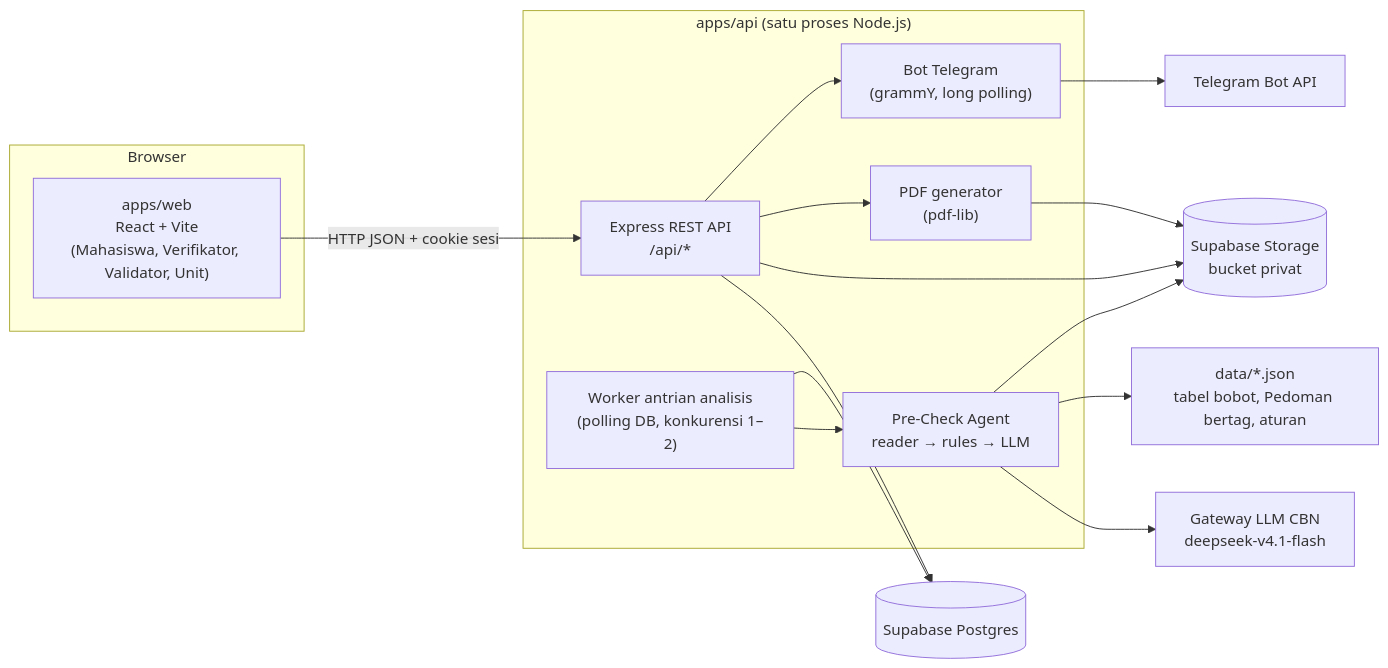
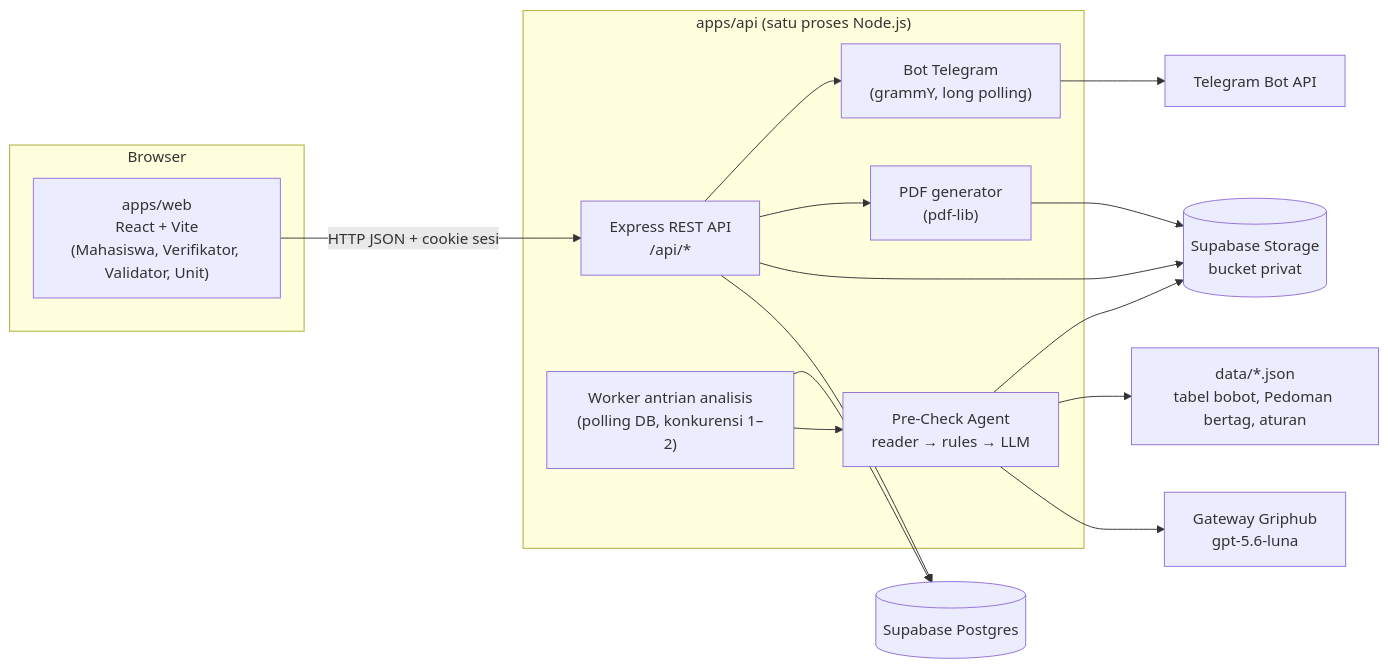
One commit to AdniAlts/skem-copilot changed the first of 5 diagrams in ARCHITECTURE.md. Above: the diagram before and after it, drawn with Mermaid. The commit also changed other lines of this file and 3 other files, not shown here.

Commit message:
chore(ai): switch documented LLM gateway to gpt-5.6-luna

````diff
--- a/ARCHITECTURE.md
+++ b/ARCHITECTURE.md
@@ -11,29 +11,29 @@
 ```mermaid
 flowchart LR
   subgraph Browser
     WEB["apps/web<br/>React + Vite<br/>(Mahasiswa, Verifikator, Validator, Unit)"]
   end
   subgraph "apps/api (satu proses Node.js)"
     API["Express REST API<br/>/api/*"]
     WORKER["Worker antrian analisis<br/>(polling DB, konkurensi 1–2)"]
     AGENT["Pre-Check Agent<br/>reader → rules → LLM"]
     PDF["PDF generator<br/>(pdf-lib)"]
     BOT["Bot Telegram<br/>(grammY, long polling)"]
   end
   PG[("Supabase Postgres")]
   ST[("Supabase Storage<br/>bucket privat")]
-  LLM["Gateway LLM CBN<br/>deepseek-v4.1-flash"]
+  LLM["Gateway Griphub<br/>gpt-5.6-luna"]
   TG["Telegram Bot API"]
   DATA["data/*.json<br/>tabel bobot, Pedoman bertag, aturan"]
 
   WEB -- "HTTP JSON + cookie sesi" --> API
   API --> PG
   API --> ST
   WORKER --> AGENT
   WORKER --> PG
   AGENT --> LLM
   AGENT --> DATA
   AGENT --> ST
   API --> PDF --> ST
   API --> BOT --> TG
 ```
````
